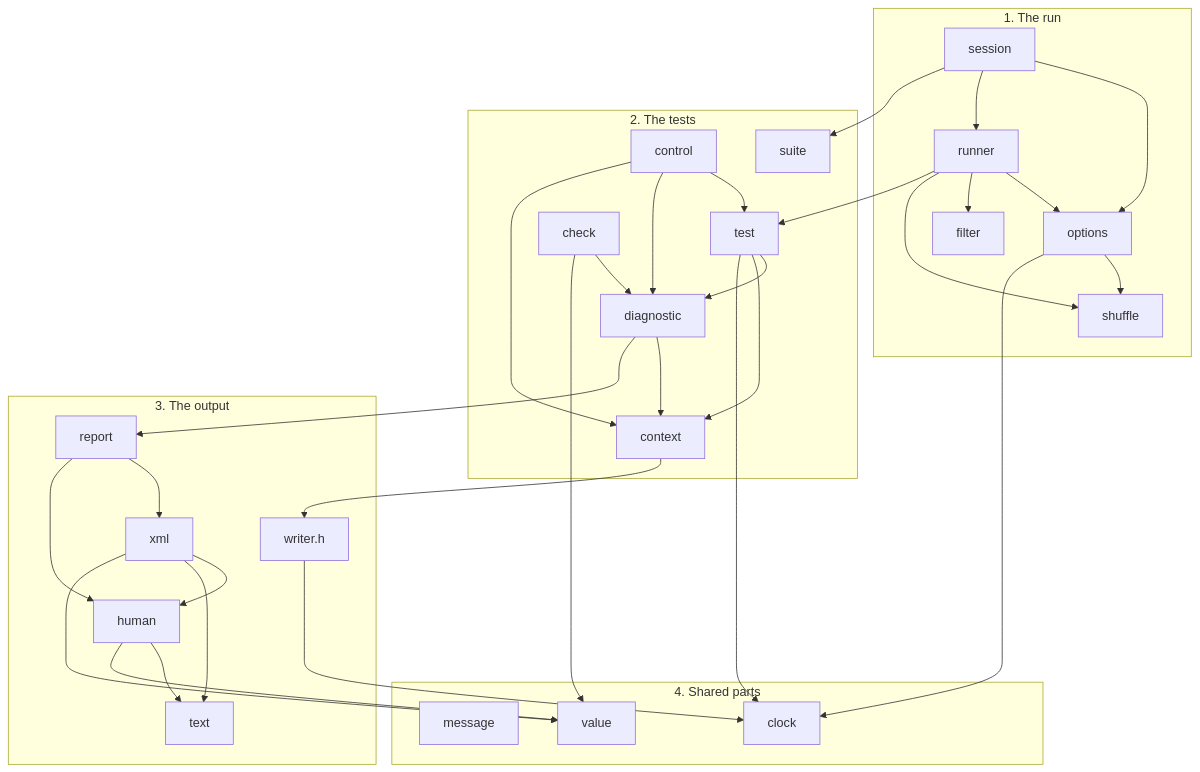
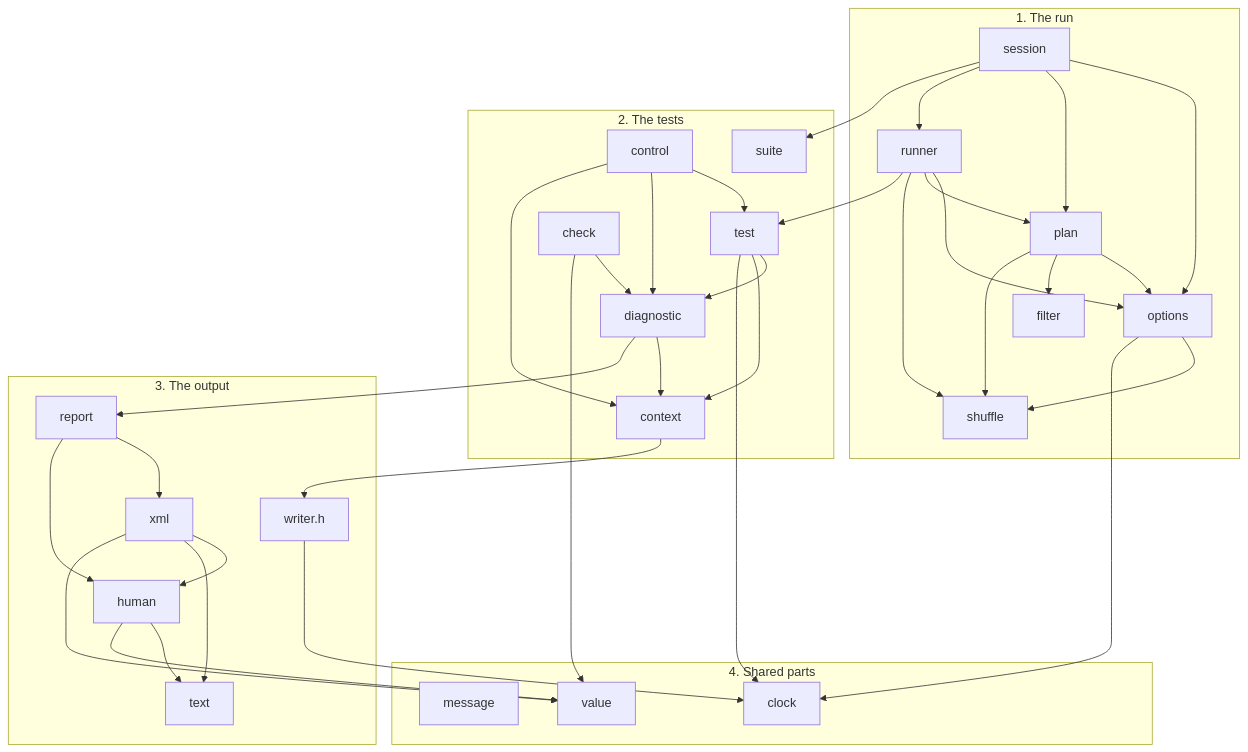
Before and after one commit to vabelorg/naos: the diagram in docs/development/architecture.md, drawn with Mermaid. The commit also changed other lines of this file and 12 other files, not shown here.

First line of the commit message:
Move the choice and order of the tests out of runner.c into plan.c

````diff
--- a/docs/development/architecture.md
+++ b/docs/development/architecture.md
@@ -66,33 +67,34 @@
 ```mermaid
 flowchart TB
   subgraph run["1. The run"]
-    session --> options --> shuffle
-    session --> runner
-    runner --> options & filter & shuffle
+    session --> options & plan & runner
+    options --> shuffle
+    plan --> options & filter & shuffle
+    runner --> options & plan & shuffle
   end
   subgraph tests["2. The tests"]
     test --> diagnostic --> context
     test --> context
     control --> test & diagnostic & context
     check --> diagnostic
     suite
   end
   subgraph output["3. The output"]
     report --> xml --> human
     report --> human
     xml & human --> text
     writer["writer.h"]
   end
   subgraph shared["4. Shared parts"]
     message
     clock
     value
   end
   session --> suite
   runner --> test
   diagnostic --> report
   context --> writer
   test & options --> clock
   check & human & xml --> value
   writer --> clock
 ```
````
